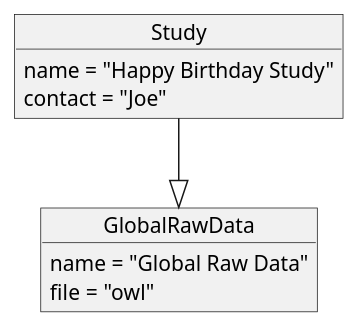
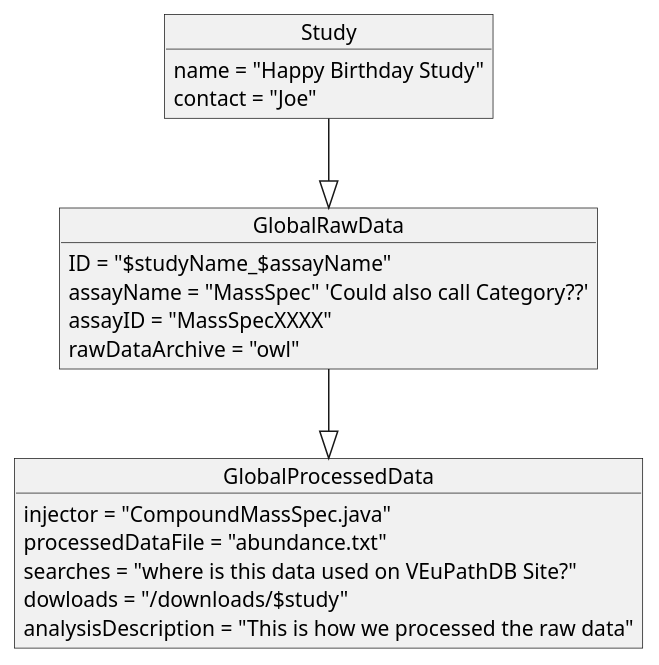
Before and after one commit to jbrestel/org-docs: the eighth of 9 diagrams in project_planning/projectPages.org, drawn with PlantUML. The commit also changed other lines of this file and 7 other files, not shown here.

```diff
--- a/project_planning/projectPages.org
+++ b/project_planning/projectPages.org
@@ -330,13 +333,26 @@
-#+begin_src plantuml :file images/global_uml.png :exports both
+#+begin_src plantuml :file images/global_uml.png :exports results
   object Study {
           name = "Happy Birthday Study"
 	      contact = "Joe"
   }
 
   object GlobalRawData {
-          name = "Global Raw Data"
-          file = "owl"
+            ID = "$studyName_$assayName"
+                assayName = "MassSpec" 'Could also call Category??'
+                assayID = "MassSpecXXXX"
+                rawDataArchive = "owl"
   }
 
+  object GlobalProcessedData {
+                injector = "CompoundMassSpec.java"
+                processedDataFile = "abundance.txt"
+                searches = "where is this data used on VEuPathDB Site?"
+                dowloads = "/downloads/$study"
+                analysisDescription = "This is how we processed the raw data"
+
+
+}
+
   Study --|> GlobalRawData
+GlobalRawData --|> GlobalProcessedData
   #+end_src
```
